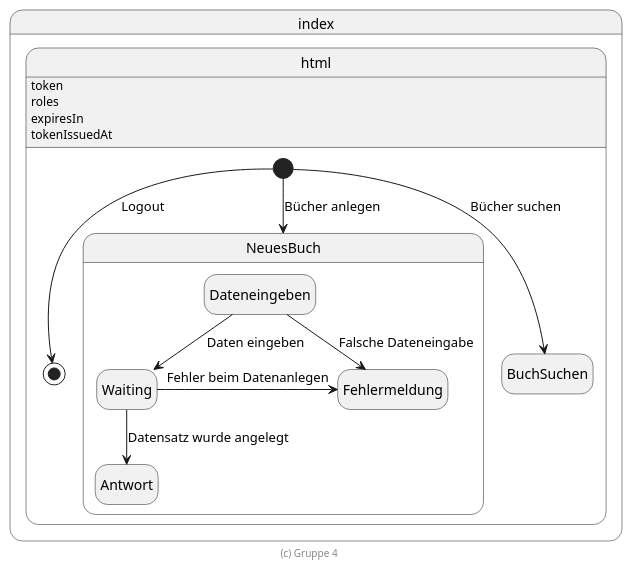
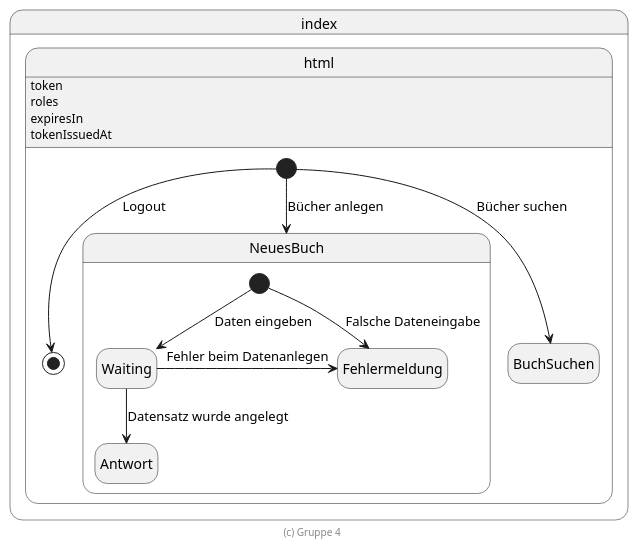
Before and after one commit to Atomfried13/swe_abgabe_2_webserver: the diagram in doc/zustandsdiagramm-eingeloggt-admin.plantuml, drawn with PlantUML. The commit also changed 17 other files, not shown here.

```diff
--- a/doc/zustandsdiagramm-eingeloggt-admin.plantuml
+++ b/doc/zustandsdiagramm-eingeloggt-admin.plantuml
@@ -1,33 +1,32 @@
 @startuml Zustandsdiagramm
 
 hide empty description
 
 state index.html {
     index.html: token
     index.html: roles
     index.html: expiresIn
     index.html: tokenIssuedAt
 
     [*] --> [*]: Logout
     [*] --> NeuesBuch: Bücher anlegen
     [*] --> BuchSuchen: Bücher suchen
     
     state BuchSuchen
 
     state NeuesBuch{
-        state Dateneingeben
         state Waiting
         state Antwort
         state Fehlermeldung
 
-        Dateneingeben --> Waiting: Daten eingeben
-        Dateneingeben --> Fehlermeldung: Falsche Dateneingabe
+        [*] --> Waiting: Daten eingeben
+        [*] --> Fehlermeldung: Falsche Dateneingabe
 
         Waiting --> Antwort: Datensatz wurde angelegt
         Waiting -right-> Fehlermeldung: Fehler beim Datenanlegen 
     }
 }
 
 footer (c) Gruppe 4
 
 @enduml
```
